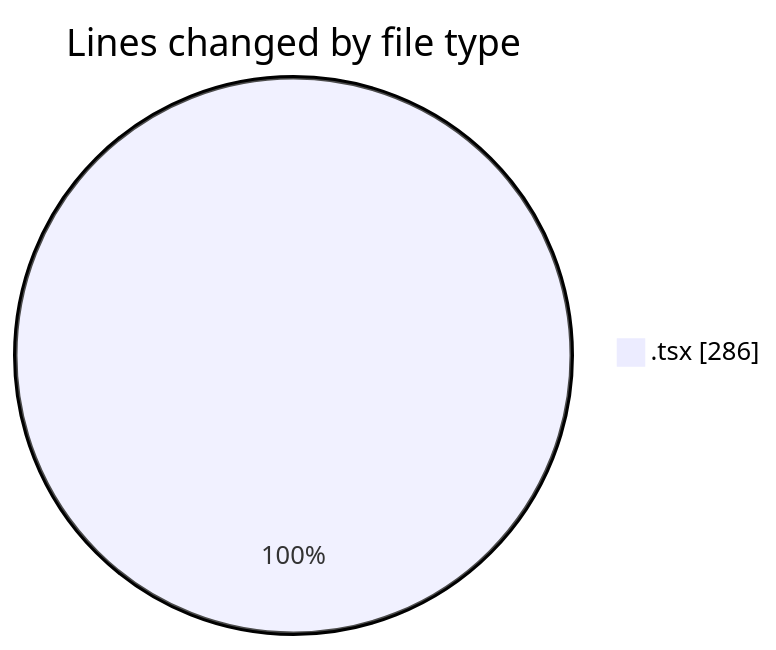
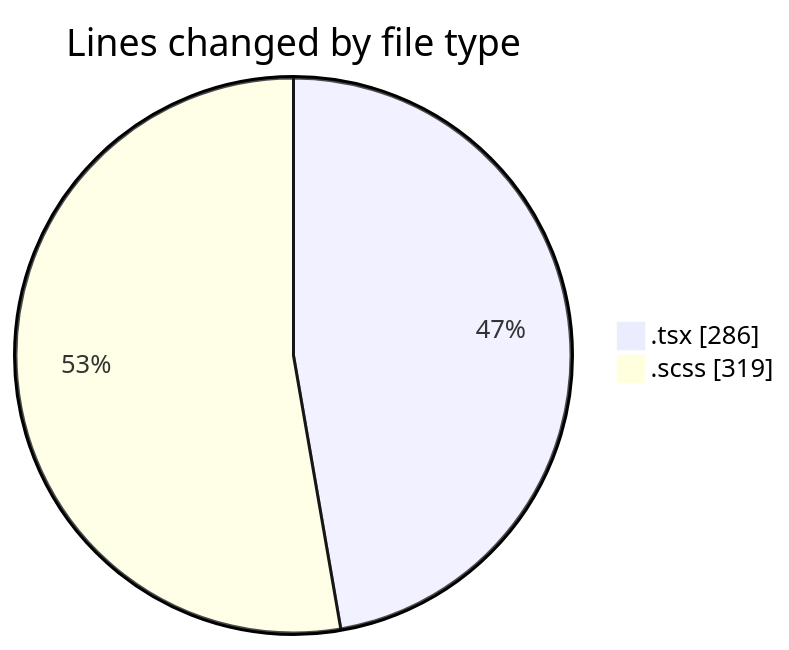
One commit to momahboobian/code-tracking changed the first of 2 diagrams in 2025-12-11/cda/README.md. Above: the diagram before and after it, drawn with Mermaid. The commit also changed other lines of this file and 1 other file, not shown here.

````diff
--- a/2025-12-11/cda/README.md
+++ b/2025-12-11/cda/README.md
@@ -21,5 +23,6 @@
 ```mermaid
 pie showData
 title Lines changed by file type
 ".tsx" : 286
+".scss" : 319
 ```
````
